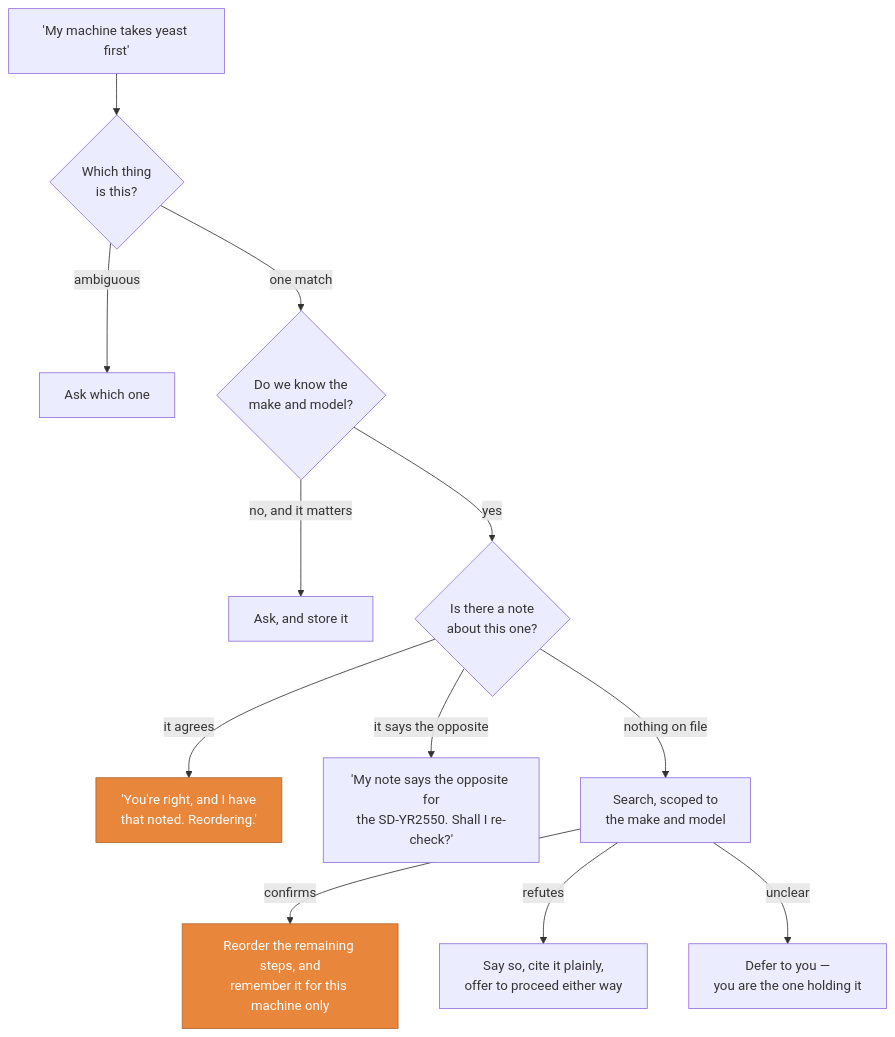
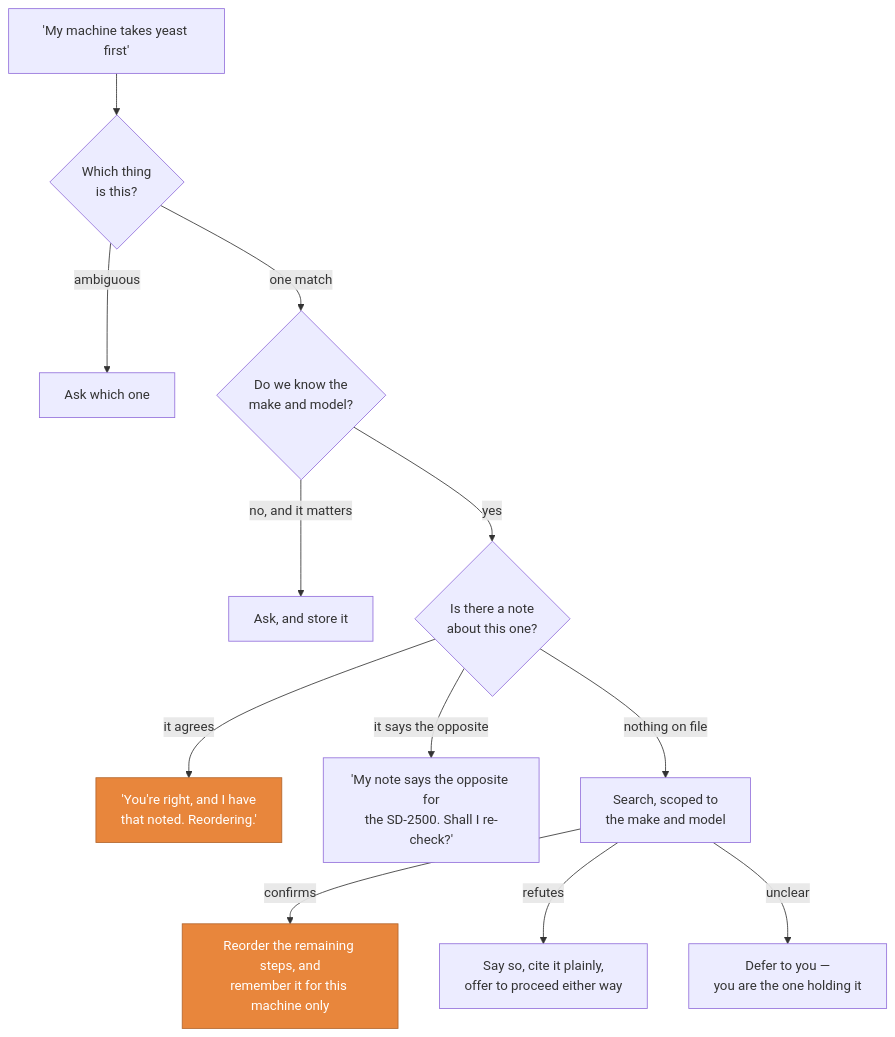
The fourth of 5 diagrams in README.md (ianmin2/home-assistant-stepwise), drawn with Mermaid before and after one commit. The commit also changed other lines of this file and 8 other files, not shown here.

````diff
--- a/README.md
+++ b/README.md
@@ -286,17 +336,17 @@
 ```mermaid
 flowchart TD
     C["'My machine takes yeast first'"] --> S{"Which thing<br/>is this?"}
     S -->|"ambiguous"| ASK1["Ask which one"]
     S -->|"one match"| MM{"Do we know the<br/>make and model?"}
     MM -->|"no, and it matters"| ASK2["Ask, and store it"]
     MM -->|"yes"| Q{"Is there a note<br/>about this one?"}
     Q -->|"it agrees"| AG["'You're right, and I have<br/>that noted. Reordering.'"]
-    Q -->|"it says the opposite"| CO["'My note says the opposite for<br/>the SD-YR2550. Shall I re-check?'"]
+    Q -->|"it says the opposite"| CO["'My note says the opposite for<br/>the SD-2500. Shall I re-check?'"]
     Q -->|"nothing on file"| W["Search, scoped to<br/>the make and model"]
     W -->|"confirms"| AM["Reorder the remaining steps, and<br/>remember it for this machine only"]
     W -->|"refutes"| SAY["Say so, cite it plainly,<br/>offer to proceed either way"]
     W -->|"unclear"| U["Defer to you —<br/>you are the one holding it"]
 
     style AG fill:#e8863c,stroke:#b3652c,color:#fff
     style AM fill:#e8863c,stroke:#b3652c,color:#fff
 ```
````
